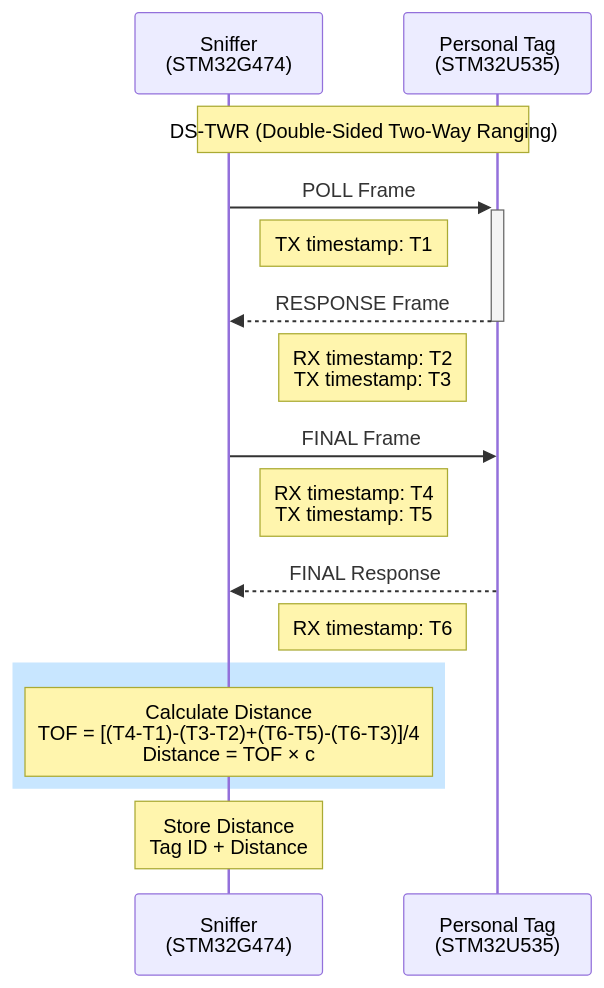
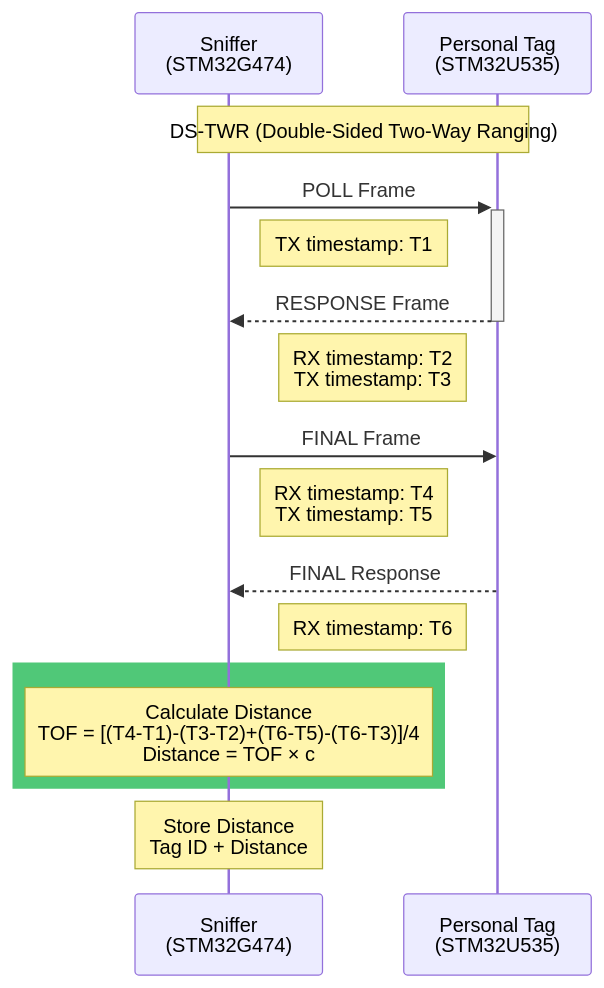
One commit to uqomm/fw-SmartTag changed the second of 3 diagrams in README.md. Above: the diagram before and after it, drawn with Mermaid. The commit also changed other lines of this file, not shown here.

First line of the commit message:
docs: Improve sequence diagram colors for better visual consistency

````diff
--- a/README.md
+++ b/README.md
@@ -162,25 +162,25 @@
 ```mermaid
 sequenceDiagram
     participant Sniffer as Sniffer<br/>(STM32G474)
     participant Tag as Personal Tag<br/>(STM32U535)
     
     Note over Sniffer,Tag: DS-TWR (Double-Sided Two-Way Ranging)
     
     Sniffer->>+Tag: POLL Frame
     Note right of Sniffer: TX timestamp: T1
     
     Tag-->>-Sniffer: RESPONSE Frame
     Note left of Tag: RX timestamp: T2<br/>TX timestamp: T3
     
     Sniffer->>Tag: FINAL Frame
     Note right of Sniffer: RX timestamp: T4<br/>TX timestamp: T5
     
     Tag-->>Sniffer: FINAL Response
     Note left of Tag: RX timestamp: T6
     
-    rect rgb(200, 230, 255)
+    rect rgb(80, 200, 120)
     Note over Sniffer: Calculate Distance<br/>TOF = [(T4-T1)-(T3-T2)+(T6-T5)-(T6-T3)]/4<br/>Distance = TOF × c
     end
     
     Note over Sniffer: Store Distance<br/>Tag ID + Distance
 ```
````
